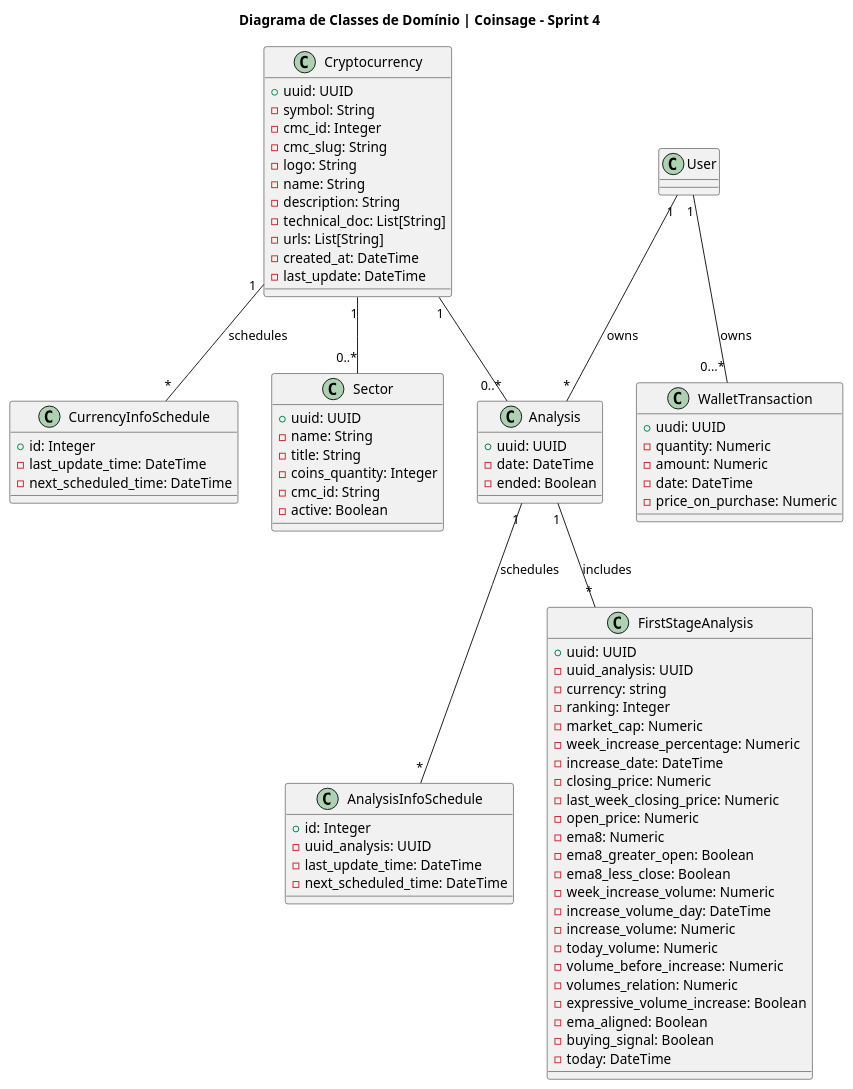
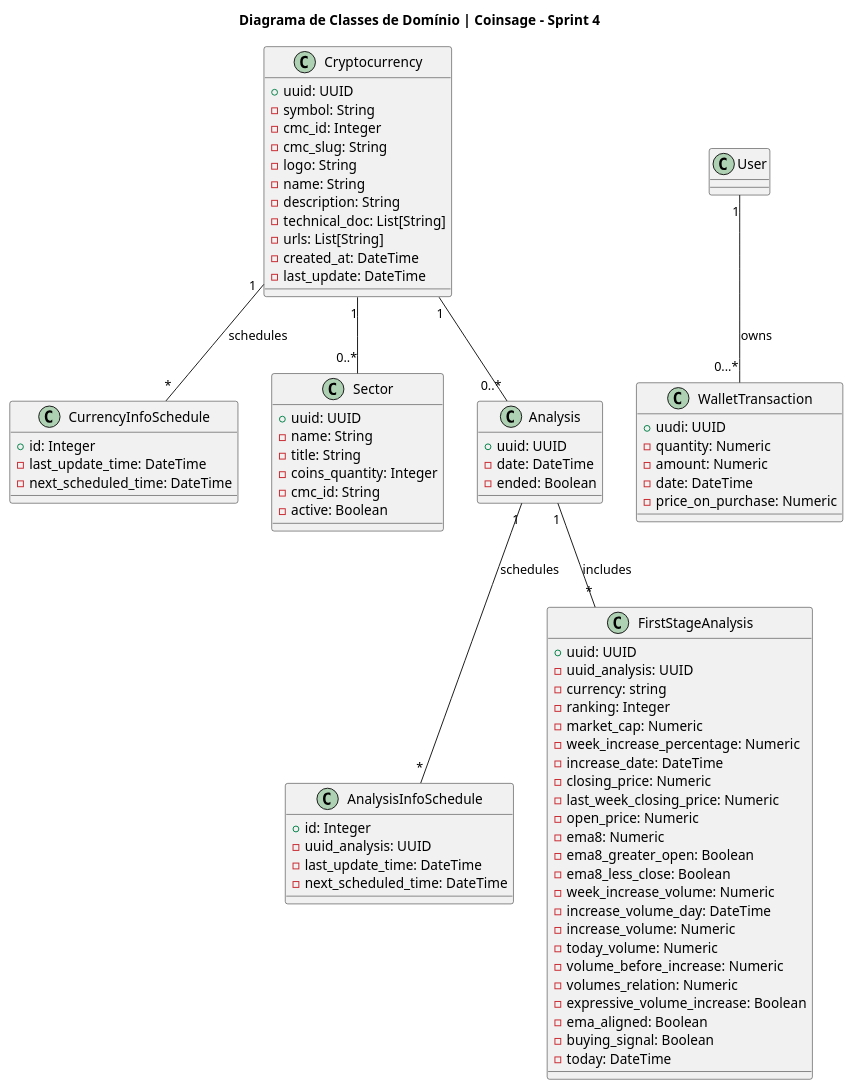
One commit to ICEI-PUC-Minas-PPLES-TI/plf-es-2024-1-ti3-8981100-coinsage changed the diagram in Artefatos/diagramas/diagrama_de_classes/class_diagram.plantuml. Above: the diagram before and after it, drawn with PlantUML. The commit also changed 3 other files, not shown here.

Commit message:
updating class diagram

```diff
--- a/Artefatos/diagramas/diagrama_de_classes/class_diagram.plantuml
+++ b/Artefatos/diagramas/diagrama_de_classes/class_diagram.plantuml
@@ -1,94 +1,93 @@
 @startuml Diagrama de Classes
 title Diagrama de Classes de Domínio | Coinsage - Sprint 4
 
 class Cryptocurrency {
     + uuid: UUID
     - symbol: String
     - cmc_id: Integer
     - cmc_slug: String
     - logo: String
     - name: String
     - description: String
     - technical_doc: List[String]
     - urls: List[String]
     - created_at: DateTime
     - last_update: DateTime
 }
 
 class CurrencyInfoSchedule {
     + id: Integer
     - last_update_time: DateTime
     - next_scheduled_time: DateTime
 
 }
 
 class Sector {
     + uuid: UUID
     - name: String
     - title: String
     - coins_quantity: Integer
     - cmc_id: String
     - active: Boolean
 }
 
 class Analysis {
     + uuid: UUID
     - date: DateTime
     - ended: Boolean
 }
 
 class User {
 }
 
 class AnalysisInfoSchedule {
     + id: Integer
     - uuid_analysis: UUID
     - last_update_time: DateTime
     - next_scheduled_time: DateTime
 }
 
 class FirstStageAnalysis {
     + uuid: UUID
     - uuid_analysis: UUID
     - currency: string
     - ranking: Integer
     - market_cap: Numeric
     - week_increase_percentage: Numeric
     - increase_date: DateTime
     - closing_price: Numeric
     - last_week_closing_price: Numeric
     - open_price: Numeric
     - ema8: Numeric
     - ema8_greater_open: Boolean
     - ema8_less_close: Boolean
     - week_increase_volume: Numeric
     - increase_volume_day: DateTime
     - increase_volume: Numeric
     - today_volume: Numeric
     - volume_before_increase: Numeric
     - volumes_relation: Numeric
     - expressive_volume_increase: Boolean
     - ema_aligned: Boolean
     - buying_signal: Boolean
     - today: DateTime
 }
 
 class WalletTransaction {
     + uudi: UUID
     - quantity: Numeric
     - amount: Numeric
     - date: DateTime
     - price_on_purchase: Numeric
 }
 
 ' Relações entre as classes
 Cryptocurrency "1" -- "*" CurrencyInfoSchedule: schedules
 Cryptocurrency "1" -- "0..*" Sector
 Cryptocurrency "1" -- "0..*" Analysis
-User "1" -- "*" Analysis : owns
 Analysis "1" -- "*" AnalysisInfoSchedule : schedules
 Analysis "1" -- "*" FirstStageAnalysis : includes
 User "1" -- "0...*" WalletTransaction : owns
 
 
 @enduml
```
